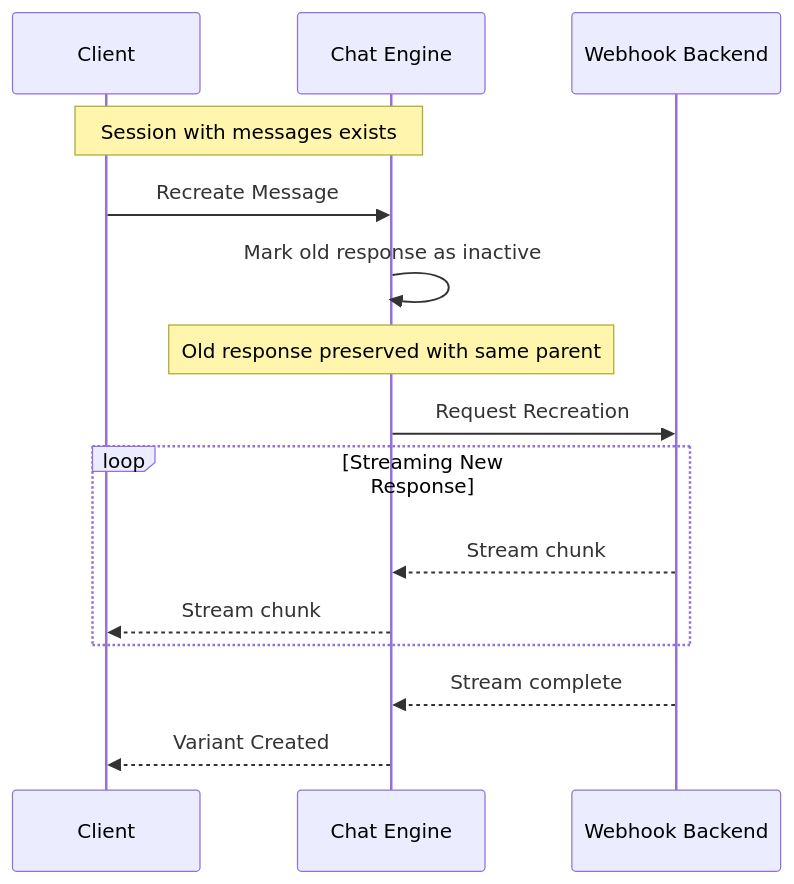
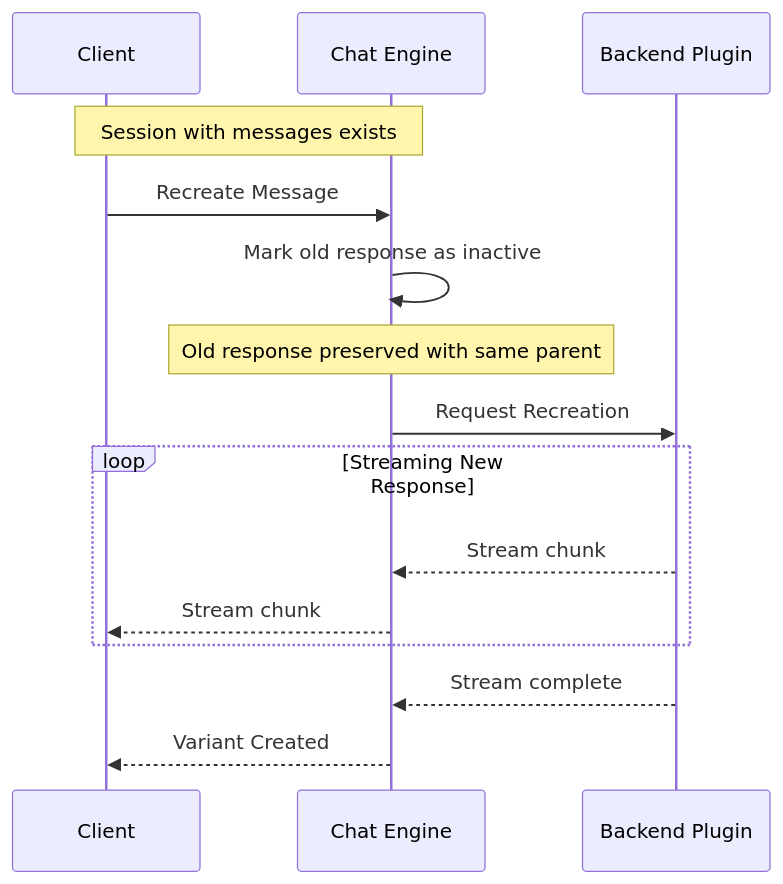
Before and after one commit to Ritmix3300/cyberfabric-core: the sixth of 16 diagrams in modules/chat_engine/DESIGN.md, drawn with Mermaid. The commit also changed other lines of this file and 26 other files, not shown here.

Commit message:
replace webhook backend with backend plugin

````diff
--- a/modules/chat_engine/DESIGN.md
+++ b/modules/chat_engine/DESIGN.md
@@ -640,21 +636,21 @@
 ```mermaid
 sequenceDiagram
     participant Client
     participant Chat Engine
-    participant Webhook Backend
+    participant Backend Plugin
 
     Note over Client,Chat Engine: Session with messages exists
 
     Client->>Chat Engine: Recreate Message
     Chat Engine->>Chat Engine: Mark old response as inactive
     Note over Chat Engine: Old response preserved with same parent
-    Chat Engine->>Webhook Backend: Request Recreation
+    Chat Engine->>Backend Plugin: Request Recreation
 
     loop Streaming New Response
-        Webhook Backend-->>Chat Engine: Stream chunk
+        Backend Plugin-->>Chat Engine: Stream chunk
         Chat Engine-->>Client: Stream chunk
     end
 
-    Webhook Backend-->>Chat Engine: Stream complete
+    Backend Plugin-->>Chat Engine: Stream complete
     Chat Engine-->>Client: Variant Created
 ```
````
